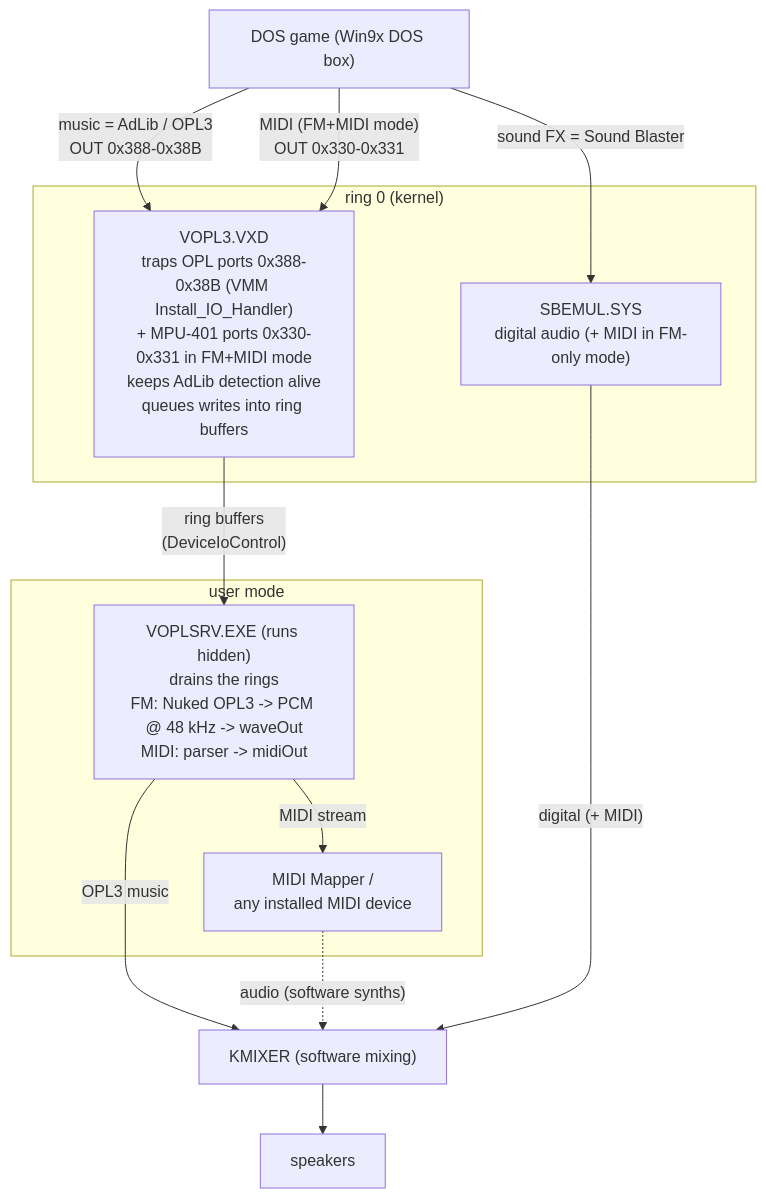
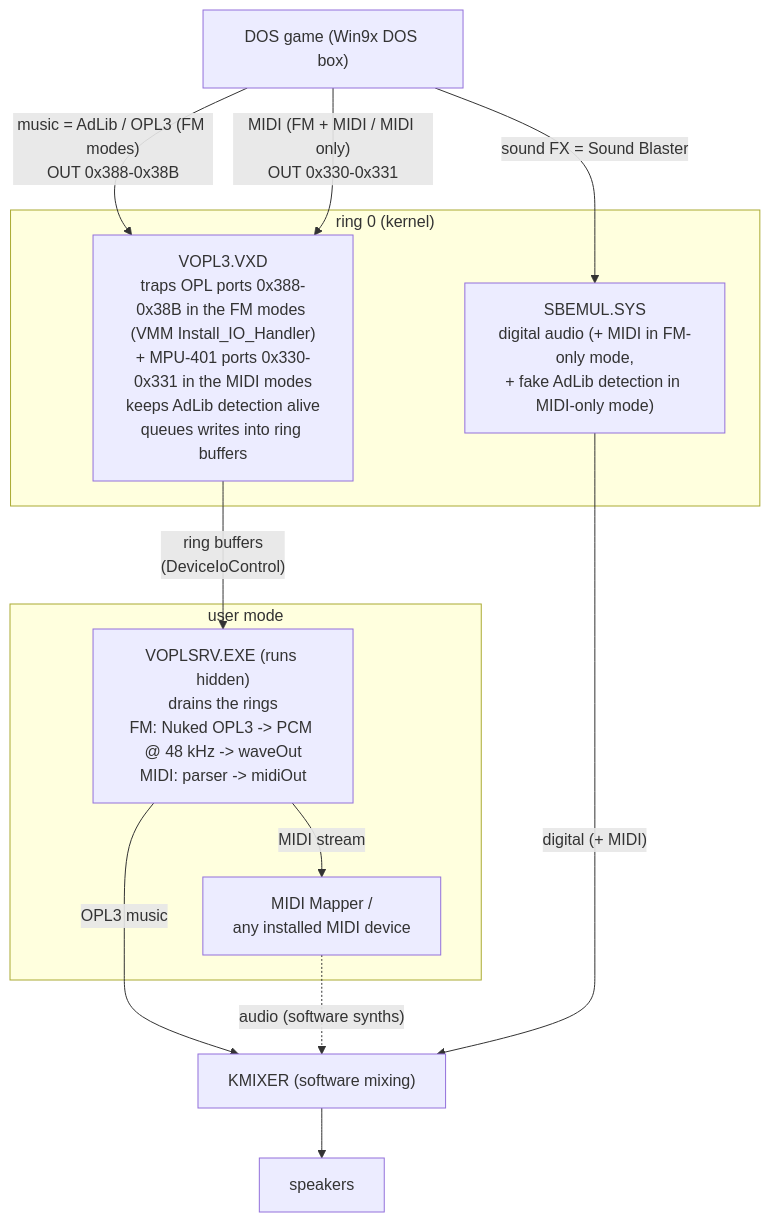
Before and after one commit to sdz-mods/VOPL3: the diagram in README.md, drawn with Mermaid. The commit also changed other lines of this file and 11 other files, not shown here.

Commit message:
vxd, renderer, installer: add MIDI-only mode (FM left to SBEMUL, no FM port trapping by VOPL3); SBPATCH gives ports back on a mode change

````diff
--- a/README.md
+++ b/README.md
@@ -46,24 +46,24 @@
 ```mermaid
 flowchart TD
     G["DOS game (Win9x DOS box)"]
 
     subgraph k["ring 0 (kernel)"]
-        VXD["VOPL3.VXD<br/>traps OPL ports 0x388-0x38B (VMM Install_IO_Handler)<br/>+ MPU-401 ports 0x330-0x331 in FM+MIDI mode<br/>keeps AdLib detection alive<br/>queues writes into ring buffers"]
-        SB["SBEMUL.SYS<br/>digital audio (+ MIDI in FM-only mode)"]
+        VXD["VOPL3.VXD<br/>traps OPL ports 0x388-0x38B in the FM modes (VMM Install_IO_Handler)<br/>+ MPU-401 ports 0x330-0x331 in the MIDI modes<br/>keeps AdLib detection alive<br/>queues writes into ring buffers"]
+        SB["SBEMUL.SYS<br/>digital audio (+ MIDI in FM-only mode,<br/>+ fake AdLib detection in MIDI-only mode)"]
     end
 
     subgraph u["user mode"]
         SRV["VOPLSRV.EXE (runs hidden)<br/>drains the rings<br/>FM: Nuked OPL3 -> PCM @ 48 kHz -> waveOut<br/>MIDI: parser -> midiOut"]
         SYN["MIDI Mapper /<br/>any installed MIDI device"]
     end
 
-    G -- "music = AdLib / OPL3<br/>OUT 0x388-0x38B" --> VXD
-    G -- "MIDI (FM+MIDI mode)<br/>OUT 0x330-0x331" --> VXD
+    G -- "music = AdLib / OPL3 (FM modes)<br/>OUT 0x388-0x38B" --> VXD
+    G -- "MIDI (FM + MIDI / MIDI only)<br/>OUT 0x330-0x331" --> VXD
     G -- "sound FX = Sound Blaster" --> SB
     VXD -- "ring buffers<br/>(DeviceIoControl)" --> SRV
     SRV -- "OPL3 music" --> KMIX["KMIXER (software mixing)"]
     SRV -- "MIDI stream" --> SYN
     SYN -. "audio (software synths)" .-> KMIX
     SB -- "digital (+ MIDI)" --> KMIX
     KMIX --> SPK["speakers"]
 ```
````
